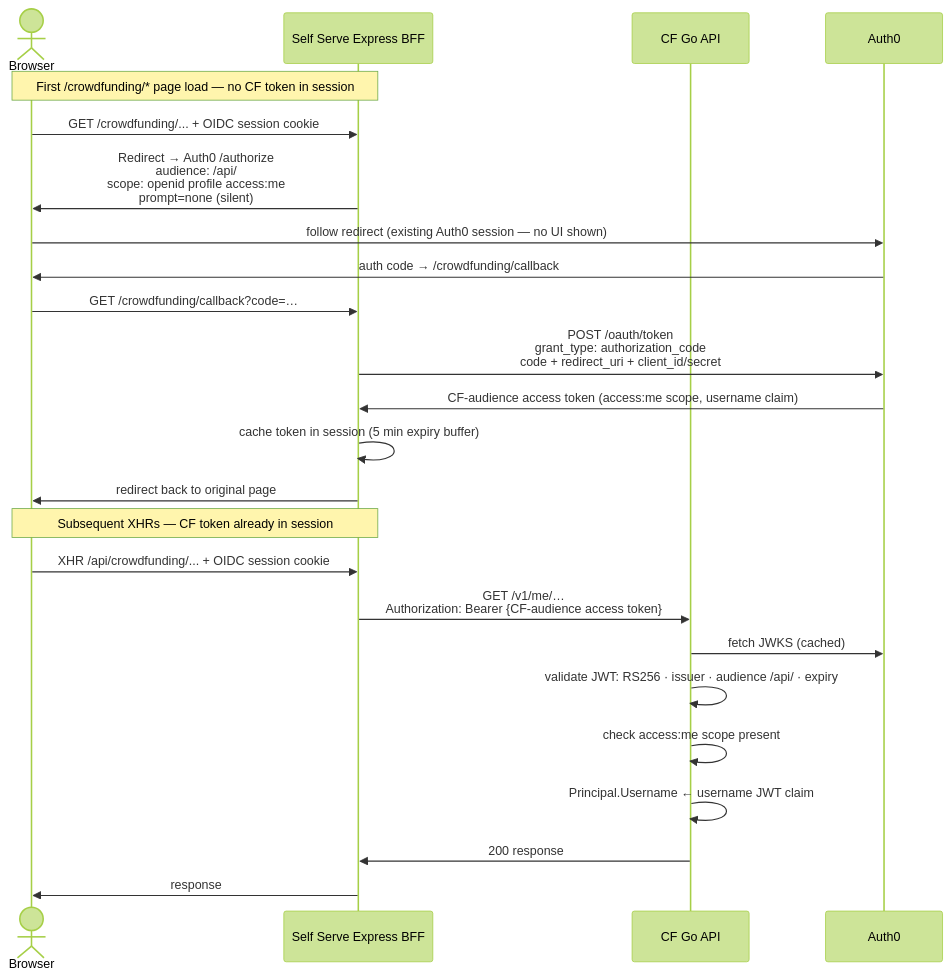
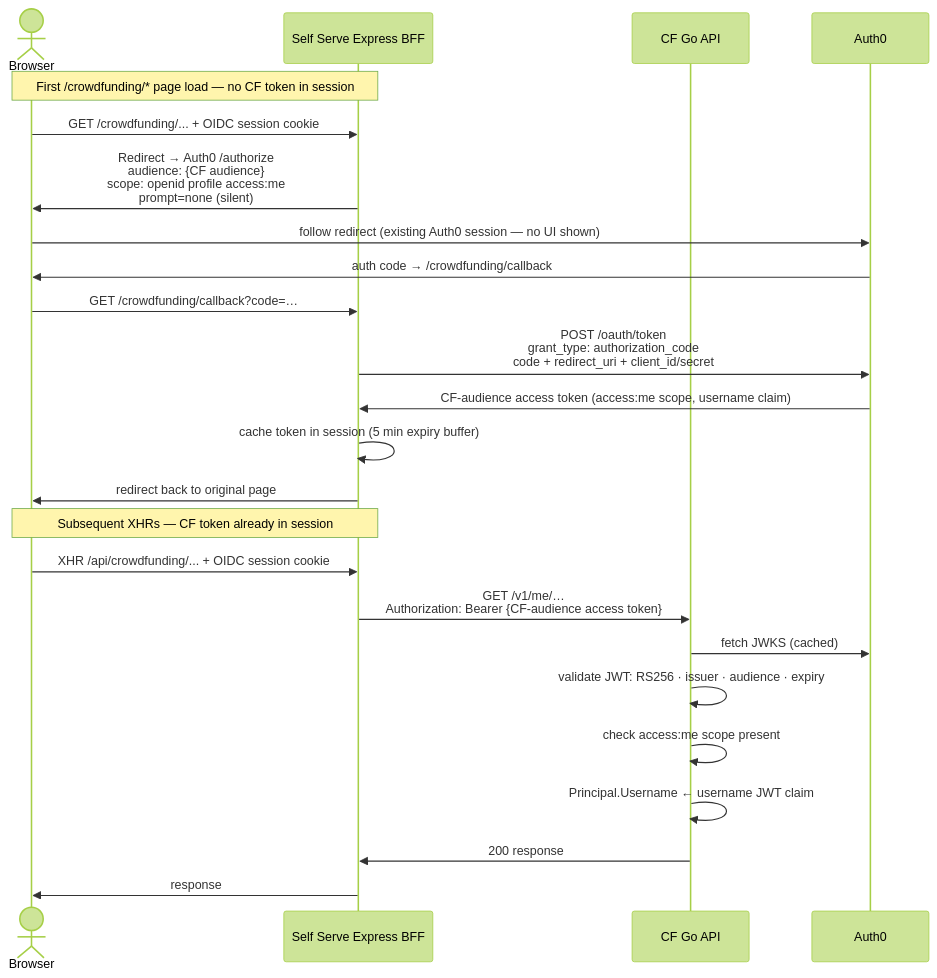
One commit to linuxfoundation/lfx-crowdfunding changed the fifth of 8 diagrams in backend/docs/rewrite/09-authentication-architecture.md. Above: the diagram before and after it, drawn with Mermaid (forest theme). The commit also changed other lines of this file and 1 other file, not shown here.

First line of the commit message:
docs: fix audience URLs, Auth0 tenant info, and remove status tracking

````diff
--- a/backend/docs/rewrite/09-authentication-architecture.md
+++ b/backend/docs/rewrite/09-authentication-architecture.md
@@ -207,28 +214,28 @@
 ```mermaid
 sequenceDiagram
     actor User as Browser
     participant SSBFF as Self Serve Express BFF
     participant API as CF Go API
     participant Auth0
 
     Note over User,SSBFF: First /crowdfunding/* page load — no CF token in session
     User->>SSBFF: GET /crowdfunding/... + OIDC session cookie
-    SSBFF->>User: Redirect → Auth0 /authorize<br/>audience: /api/<br/>scope: openid profile access:me<br/>prompt=none (silent)
+    SSBFF->>User: Redirect → Auth0 /authorize<br/>audience: {CF audience}<br/>scope: openid profile access:me<br/>prompt=none (silent)
     User->>Auth0: follow redirect (existing Auth0 session — no UI shown)
     Auth0->>User: auth code → /crowdfunding/callback
     User->>SSBFF: GET /crowdfunding/callback?code=…
     SSBFF->>Auth0: POST /oauth/token<br/>grant_type: authorization_code<br/>code + redirect_uri + client_id/secret
     Auth0->>SSBFF: CF-audience access token (access:me scope, username claim)
     SSBFF->>SSBFF: cache token in session (5 min expiry buffer)
     SSBFF->>User: redirect back to original page
 
     Note over User,SSBFF: Subsequent XHRs — CF token already in session
     User->>SSBFF: XHR /api/crowdfunding/... + OIDC session cookie
     SSBFF->>API: GET /v1/me/…<br/>Authorization: Bearer {CF-audience access token}
     API->>Auth0: fetch JWKS (cached)
-    API->>API: validate JWT: RS256 · issuer · audience /api/ · expiry
+    API->>API: validate JWT: RS256 · issuer · audience · expiry
     API->>API: check access:me scope present
     API->>API: Principal.Username ← username JWT claim
     API->>SSBFF: 200 response
     SSBFF->>User: response
 ```
````
